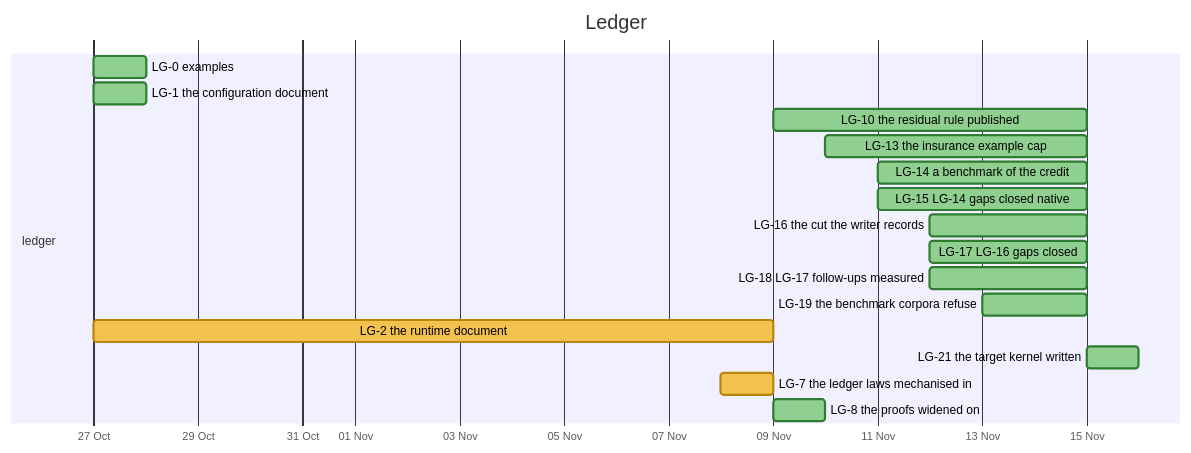
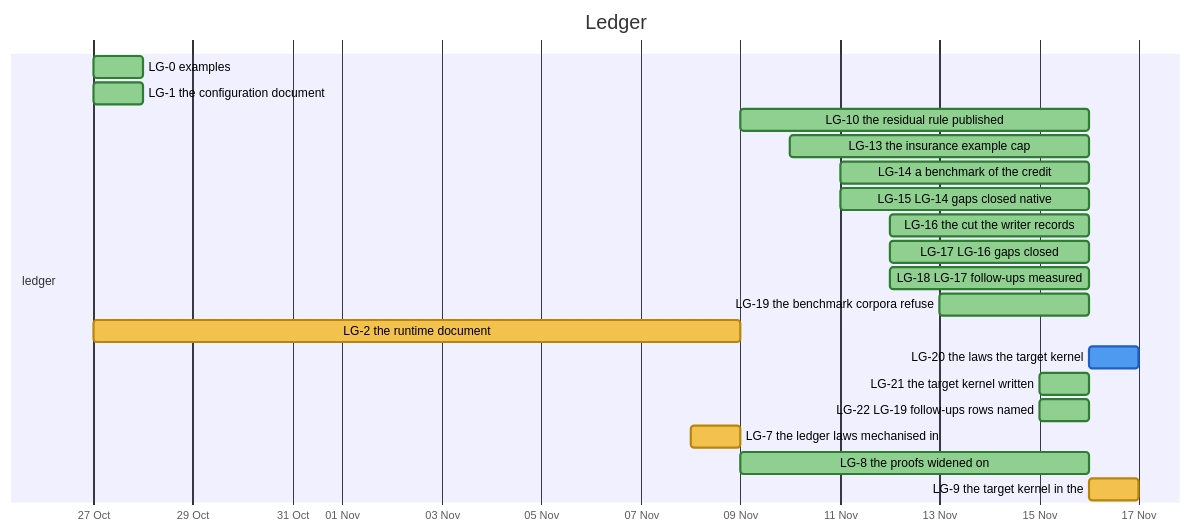
One commit to nebularis/lattice changed the tenth of 31 diagrams in docs/developer/ROADMAP.md. Above: the diagram before and after it, drawn with Mermaid. The commit also changed other lines of this file, not shown here.

Commit message:
docs(roadmap): refresh after LG-9 built and LG-20 in part
Generated regions only, rebuilt by build:roadmap without fetching.

Placement: T0, substrate proofs
AI-Content: assisted

````diff
--- a/docs/developer/ROADMAP.md
+++ b/docs/developer/ROADMAP.md
@@ -334,22 +334,25 @@
 ```mermaid
 %%{init: {"themeVariables": {"taskBkgColor": "#f2c14e", "taskBorderColor": "#b8860b", "taskTextColor": "#000000", "activeTaskBkgColor": "#4e9af1", "activeTaskBorderColor": "#1f5fbf", "activeTaskBorderColor": "#1f5fbf", "doneTaskBkgColor": "#8fcf8f", "doneTaskBorderColor": "#2f7d32", "critBkgColor": "#f28b82", "critBorderColor": "#b23a30", "taskTextDarkColor": "#000000", "taskTextLightColor": "#000000"}}}%%
 gantt
     title Ledger
     dateFormat YYYY-MM-DD
     axisFormat %d %b
     section ledger
     LG-0 examples :done, lg0, 2026-10-27, 2026-10-28
     LG-1 the configuration document :done, lg1, 2026-10-27, 2026-10-28
-    LG-10 the residual rule published :done, lg10, 2026-11-09, 2026-11-15
-    LG-13 the insurance example cap :done, lg13, 2026-11-10, 2026-11-15
-    LG-14 a benchmark of the credit :done, lg14, 2026-11-11, 2026-11-15
-    LG-15 LG-14 gaps closed native :done, lg15, 2026-11-11, 2026-11-15
-    LG-16 the cut the writer records :done, lg16, 2026-11-12, 2026-11-15
-    LG-17 LG-16 gaps closed :done, lg17, 2026-11-12, 2026-11-15
-    LG-18 LG-17 follow-ups measured :done, lg18, 2026-11-12, 2026-11-15
-    LG-19 the benchmark corpora refuse :done, lg19, 2026-11-13, 2026-11-15
+    LG-10 the residual rule published :done, lg10, 2026-11-09, 2026-11-16
+    LG-13 the insurance example cap :done, lg13, 2026-11-10, 2026-11-16
+    LG-14 a benchmark of the credit :done, lg14, 2026-11-11, 2026-11-16
+    LG-15 LG-14 gaps closed native :done, lg15, 2026-11-11, 2026-11-16
+    LG-16 the cut the writer records :done, lg16, 2026-11-12, 2026-11-16
+    LG-17 LG-16 gaps closed :done, lg17, 2026-11-12, 2026-11-16
+    LG-18 LG-17 follow-ups measured :done, lg18, 2026-11-12, 2026-11-16
+    LG-19 the benchmark corpora refuse :done, lg19, 2026-11-13, 2026-11-16
     LG-2 the runtime document :lg2, 2026-10-27, 2026-11-09
+    LG-20 the laws the target kernel :active, lg20, 2026-11-16, 2026-11-17
     LG-21 the target kernel written :done, lg21, 2026-11-15, 2026-11-16
+    LG-22 LG-19 follow-ups rows named :done, lg22, 2026-11-15, 2026-11-16
     LG-7 the ledger laws mechanised in :lg7, 2026-11-08, 2026-11-09
-    LG-8 the proofs widened on :done, lg8, 2026-11-09, 2026-11-10
+    LG-8 the proofs widened on :done, lg8, 2026-11-09, 2026-11-16
+    LG-9 the target kernel in the :lg9, 2026-11-16, 2026-11-17
 ```
````
